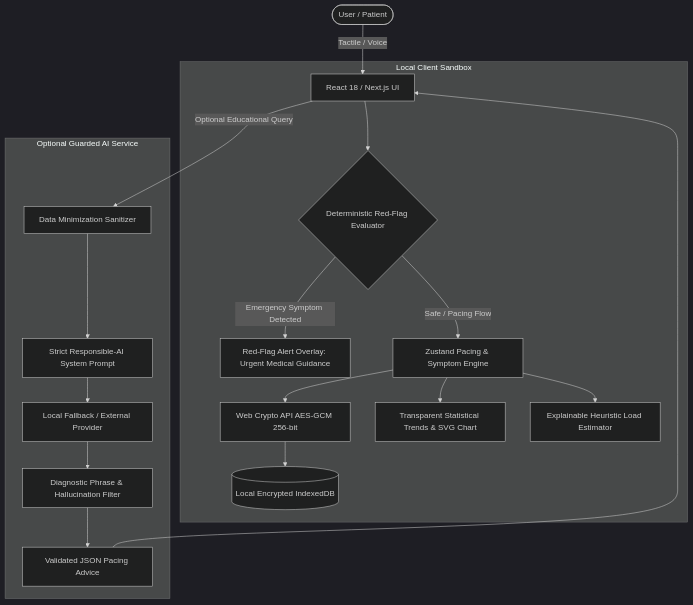
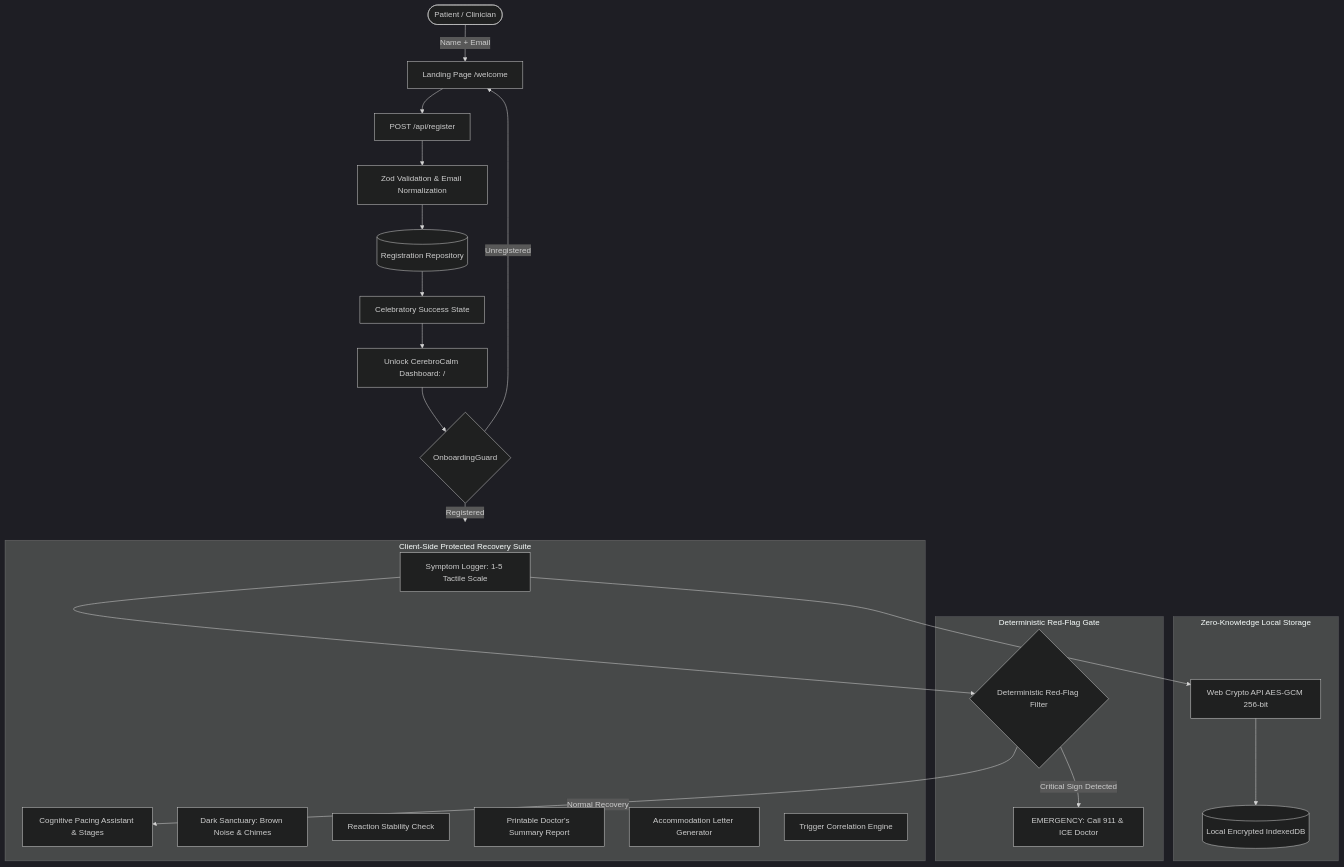
One commit to sakifboss/CerebroCalm changed the first of 2 diagrams in README.md. Above: the diagram before and after it, drawn with Mermaid (dark theme). The commit also changed other lines of this file and 38 other files, not shown here.

````diff
--- a/README.md
+++ b/README.md
@@ -65,25 +157,34 @@
 ```mermaid
 flowchart TD
-    User([User / Patient]) -->|Tactile / Voice| UI[React 18 / Next.js UI]
+    User([Patient / Clinician]) -->|Name + Email| Landing[Landing Page /welcome]
+    Landing --> API[POST /api/register]
+    API --> Zod[Zod Validation & Email Normalization]
+    Zod --> Repo[(Registration Repository)]
+    Repo --> Success[Celebratory Success State]
+    Success --> Dashboard[Unlock CerebroCalm Dashboard: /]
     
-    subgraph Client [Local Client Sandbox]
-        UI --> RedFlag{Deterministic Red-Flag Evaluator}
-        RedFlag -->|Emergency Symptom Detected| Emergency[Red-Flag Alert Overlay: Urgent Medical Guidance]
-        RedFlag -->|Safe / Pacing Flow| Pacing[Zustand Pacing & Symptom Engine]
-        
-        Pacing --> Crypto[Web Crypto API AES-GCM 256-bit]
-        Crypto --> IDB[(Local Encrypted IndexedDB)]
-        
-        Pacing --> Trend[Transparent Statistical Trends & SVG Chart]
-        Pacing --> ML[Explainable Heuristic Load Estimator]
+    Dashboard --> Guard{OnboardingGuard}
+    Guard -->|Unregistered| Landing
+    Guard -->|Registered| AppFeatures[Full Clinical Feature Suite]
+    
+    subgraph AppFeatures [Client-Side Protected Recovery Suite]
+        Symptoms[Symptom Logger: 1-5 Tactile Scale]
+        Pacing[Cognitive Pacing Assistant & Stages]
+        Sanctuary[Dark Sanctuary: Brown Noise & Chimes]
+        Reaction[Reaction Stability Check]
+        Report[Printable Doctor's Summary Report]
+        Accommodations[Accommodation Letter Generator]
+        Insights[Trigger Correlation Engine]
     end
     
-    subgraph GuardedAI [Optional Guarded AI Service]
-        UI -->|Optional Educational Query| Min[Data Minimization Sanitizer]
-        Min --> SysPrompt[Strict Responsible-AI System Prompt]
-        SysPrompt --> Model[Local Fallback / External Provider]
-        Model --> Filter[Diagnostic Phrase & Hallucination Filter]
-        Filter --> SafeResponse[Validated JSON Pacing Advice]
-        SafeResponse --> UI
+    subgraph LocalSecurity [Zero-Knowledge Local Storage]
+        Symptoms --> WebCrypto[Web Crypto API AES-GCM 256-bit]
+        WebCrypto --> IDB[(Local Encrypted IndexedDB)]
+    end
+    
+    subgraph SafetyGate [Deterministic Red-Flag Gate]
+        Symptoms --> SafetyCheck{Deterministic Red-Flag Filter}
+        SafetyCheck -->|Critical Sign Detected| EmergencyModal[EMERGENCY: Call 911 & ICE Doctor]
+        SafetyCheck -->|Normal Recovery| Pacing
     end
 ```
````
